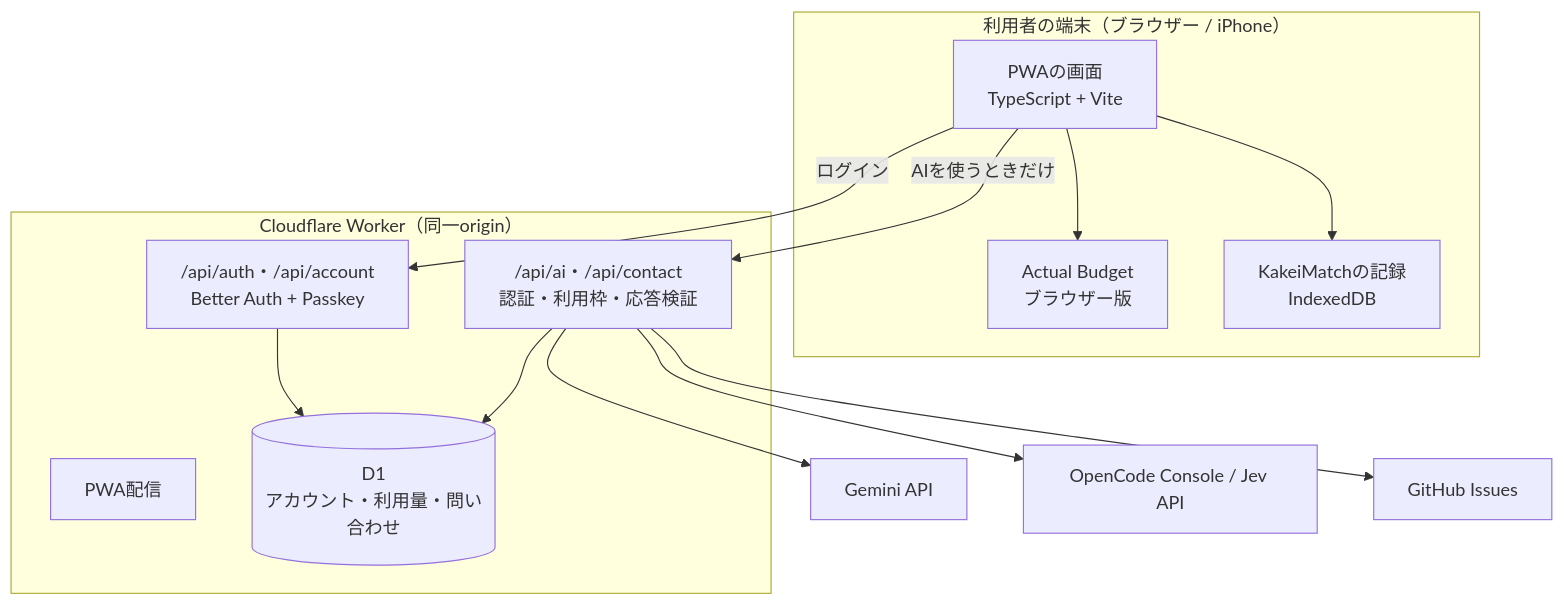
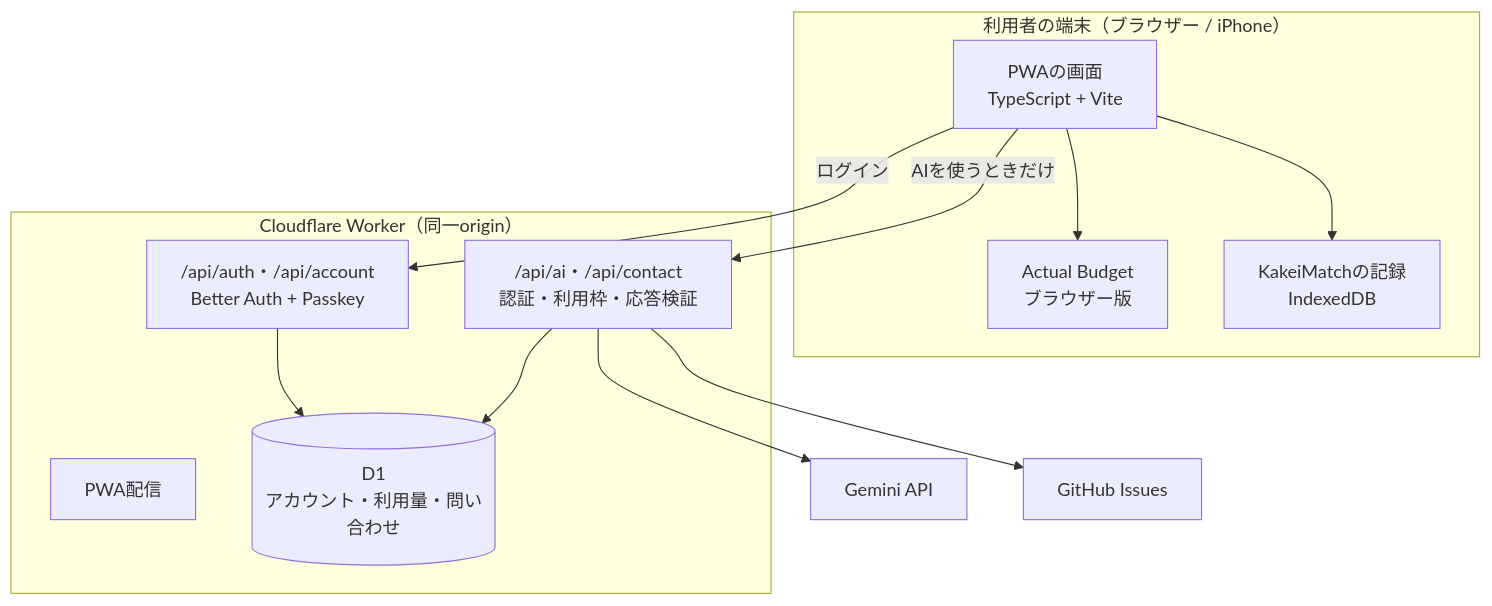
Before and after one commit to RyoyaYahagi/KakeiMatch: the diagram in README.md, drawn with Mermaid. The commit also changed other lines of this file and 23 other files, not shown here.

````diff
--- a/README.md
+++ b/README.md
@@ -108,25 +108,24 @@
 ```mermaid
 flowchart TB
   subgraph Device["利用者の端末（ブラウザー / iPhone）"]
     UI["PWAの画面<br/>TypeScript + Vite"]
     Actual["Actual Budget<br/>ブラウザー版"]
     IDB["KakeiMatchの記録<br/>IndexedDB"]
     UI --> Actual
     UI --> IDB
   end
 
   subgraph CF["Cloudflare Worker（同一origin）"]
     Assets["PWA配信"]
     Auth["/api/auth・/api/account<br/>Better Auth + Passkey"]
     AI["/api/ai・/api/contact<br/>認証・利用枠・応答検証"]
     D1[("D1<br/>アカウント・利用量・問い合わせ")]
     Auth --> D1
     AI --> D1
   end
 
   UI -- "AIを使うときだけ" --> AI
   UI -- "ログイン" --> Auth
   AI --> Gemini["Gemini API"]
-  AI --> Jev["OpenCode Console / Jev API"]
   AI --> GH["GitHub Issues"]
 ```
````
